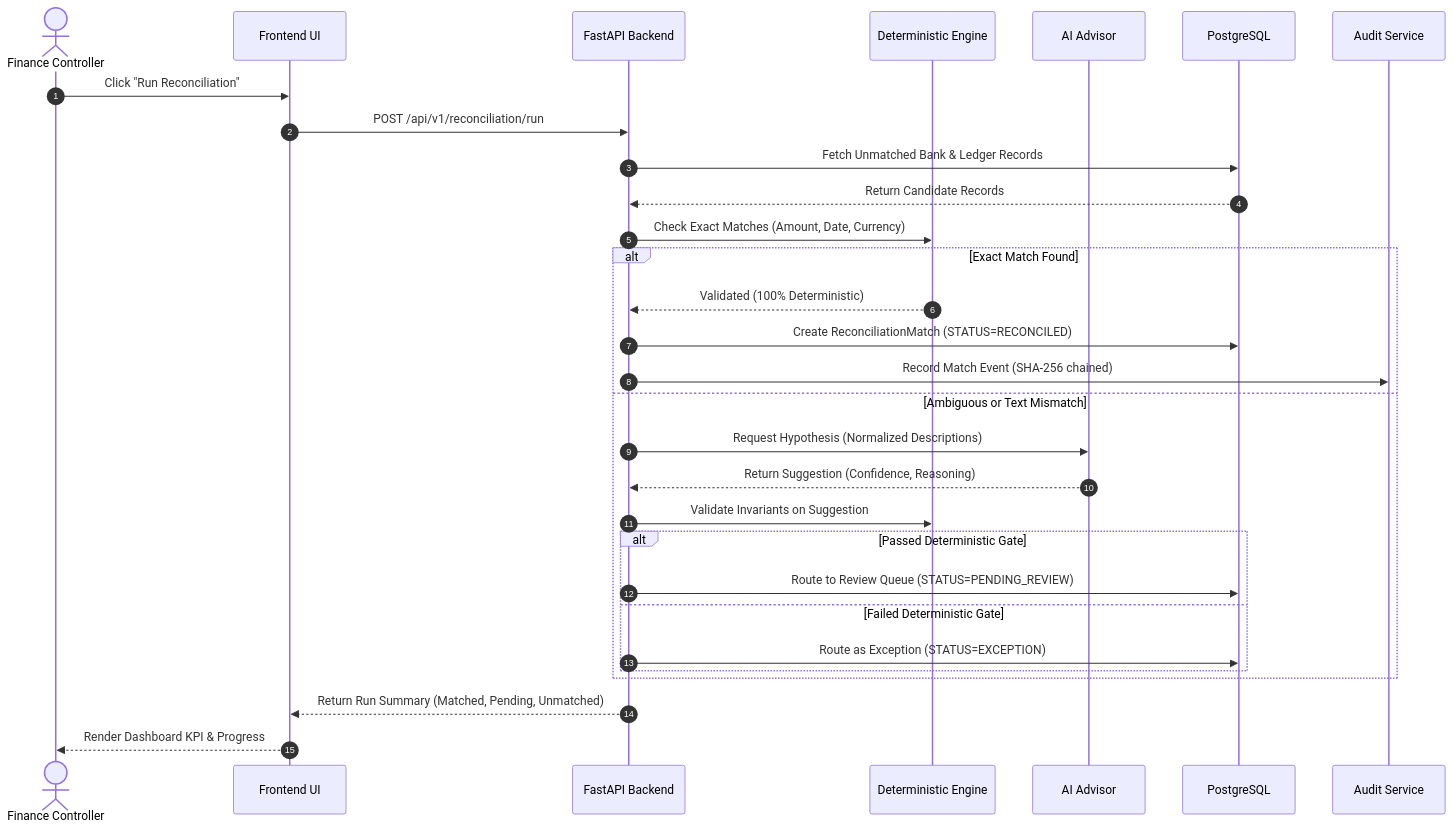
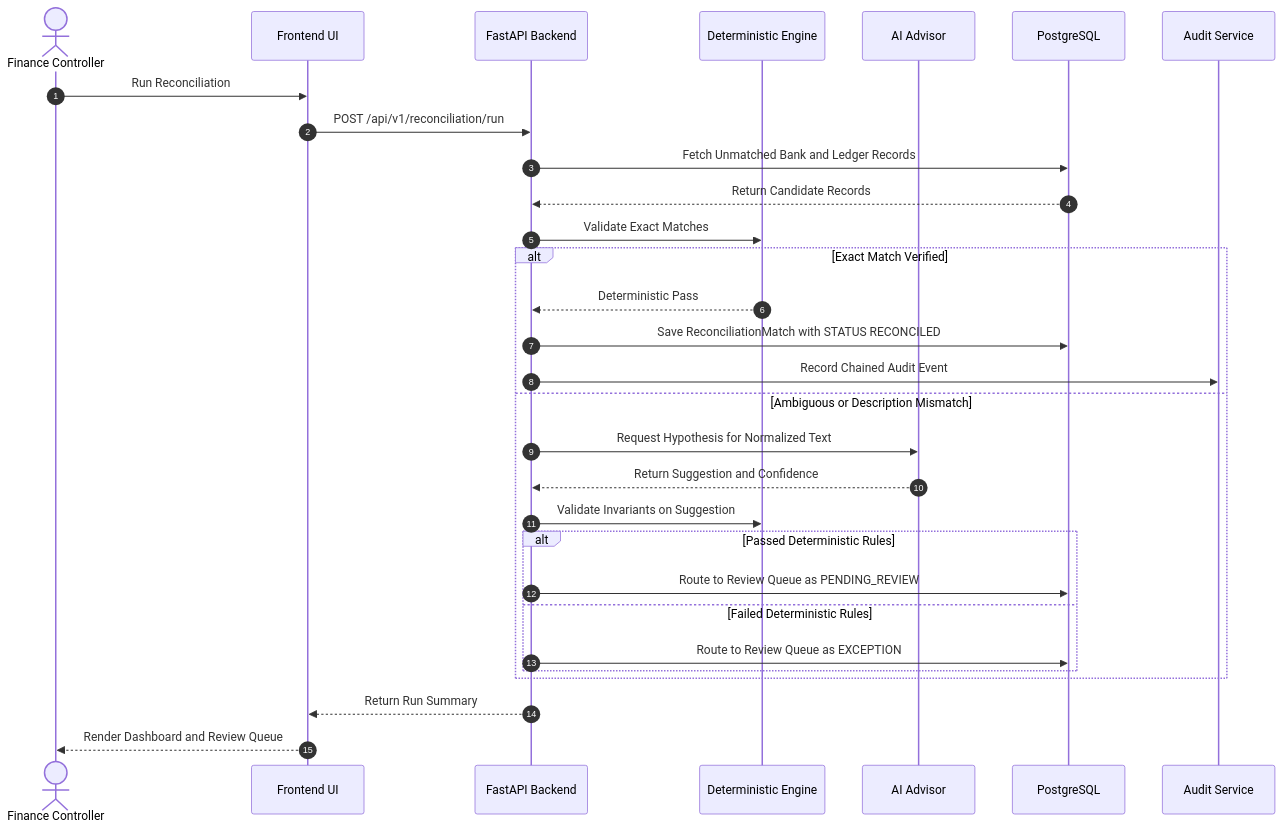
One commit to Surendra571/FinBridge changed the third of 6 diagrams in README.md. Above: the diagram before and after it, drawn with Mermaid. The commit also changed other lines of this file, not shown here.

Commit message:
docs: resolve GitHub Mermaid SVG rendering errors across all architecture diagrams

````diff
--- a/README.md
+++ b/README.md
@@ -354,35 +353,35 @@
 ```mermaid
 sequenceDiagram
     autonumber
     actor Operator as Finance Controller
     participant Web as Frontend UI
     participant API as FastAPI Backend
     participant Det as Deterministic Engine
     participant AI as AI Advisor
     participant DB as PostgreSQL
     participant Audit as Audit Service
 
-    Operator->>Web: Click "Run Reconciliation"
+    Operator->>Web: Run Reconciliation
     Web->>API: POST /api/v1/reconciliation/run
-    API->>DB: Fetch Unmatched Bank & Ledger Records
+    API->>DB: Fetch Unmatched Bank and Ledger Records
     DB-->>API: Return Candidate Records
-    API->>Det: Check Exact Matches (Amount, Date, Currency)
+    API->>Det: Validate Exact Matches
     
-    alt Exact Match Found
-        Det-->>API: Validated (100% Deterministic)
-        API->>DB: Create ReconciliationMatch (STATUS=RECONCILED)
-        API->>Audit: Record Match Event (SHA-256 chained)
-    else Ambiguous or Text Mismatch
-        API->>AI: Request Hypothesis (Normalized Descriptions)
-        AI-->>API: Return Suggestion (Confidence, Reasoning)
+    alt Exact Match Verified
+        Det-->>API: Deterministic Pass
+        API->>DB: Save ReconciliationMatch with STATUS RECONCILED
+        API->>Audit: Record Chained Audit Event
+    else Ambiguous or Description Mismatch
+        API->>AI: Request Hypothesis for Normalized Text
+        AI-->>API: Return Suggestion and Confidence
         API->>Det: Validate Invariants on Suggestion
-        alt Passed Deterministic Gate
-            API->>DB: Route to Review Queue (STATUS=PENDING_REVIEW)
-        else Failed Deterministic Gate
-            API->>DB: Route as Exception (STATUS=EXCEPTION)
+        alt Passed Deterministic Rules
+            API->>DB: Route to Review Queue as PENDING_REVIEW
+        else Failed Deterministic Rules
+            API->>DB: Route to Review Queue as EXCEPTION
         end
     end
 
-    API-->>Web: Return Run Summary (Matched, Pending, Unmatched)
-    Web-->>Operator: Render Dashboard KPI & Progress
+    API-->>Web: Return Run Summary
+    Web-->>Operator: Render Dashboard and Review Queue
 ```
````
